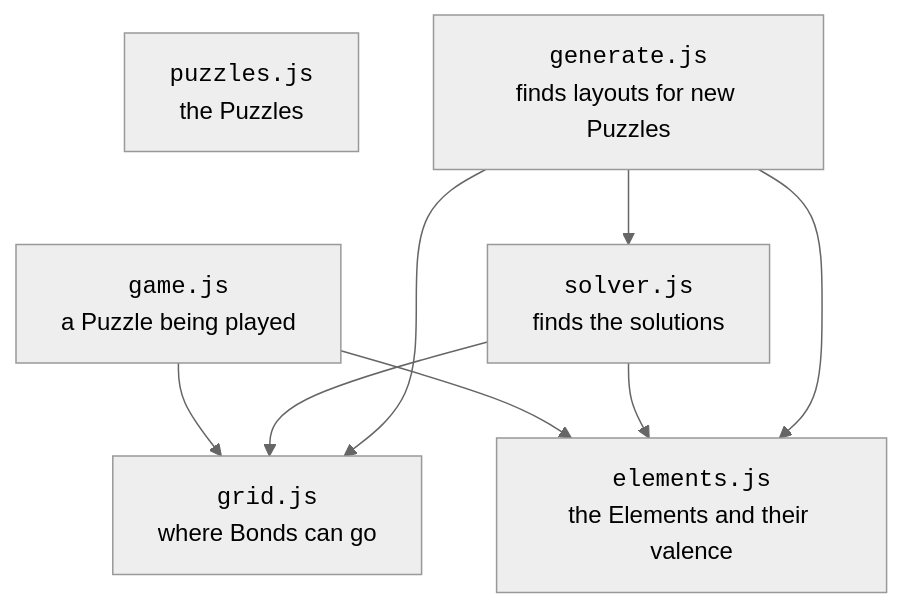
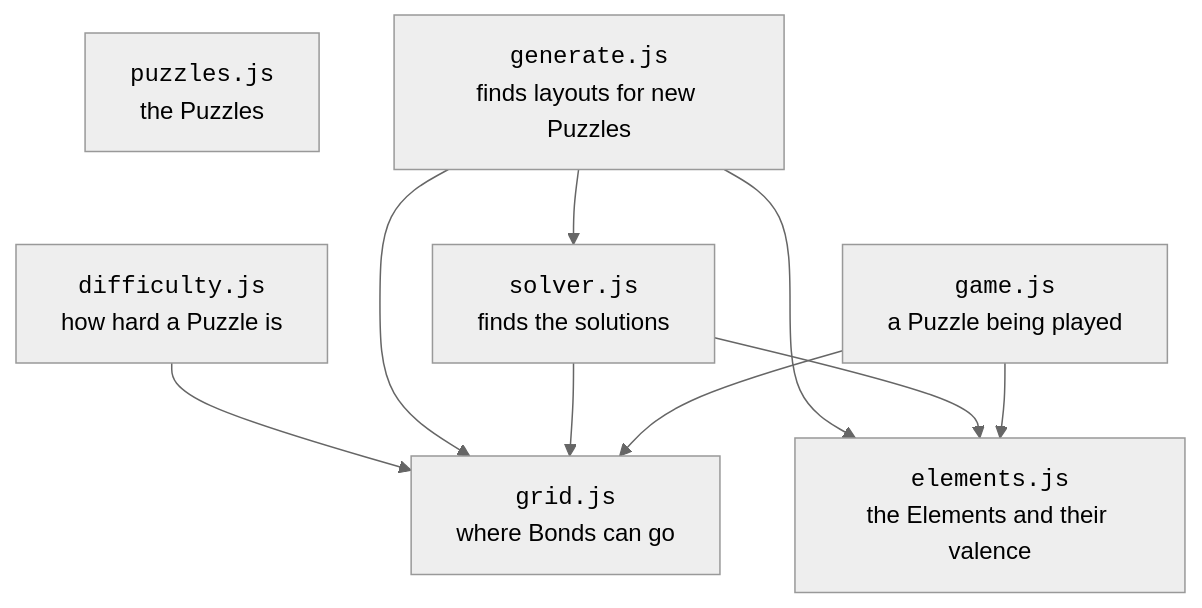
One commit to treetopbottle/molecuzzle changed the second of 2 diagrams in docs/architecture.md. Above: the diagram before and after it, drawn with Mermaid (neutral theme). The commit also changed other lines of this file and 2 other files, not shown here.

Commit message:
feat: a Puzzle's difficulty, which the generator prints

````diff
--- a/docs/architecture.md
+++ b/docs/architecture.md
@@ -40,17 +40,19 @@
 ```mermaid
 flowchart TD
   puzzles["<code>puzzles.js</code><br/>the Puzzles"]
   game["<code>game.js</code><br/>a Puzzle being played"]
   solver["<code>solver.js</code><br/>finds the solutions"]
   gen["<code>generate.js</code><br/>finds layouts for new Puzzles"]
+  diff["<code>difficulty.js</code><br/>how hard a Puzzle is"]
   grid["<code>grid.js</code><br/>where Bonds can go"]
   elements["<code>elements.js</code><br/>the Elements and their valence"]
 
   game --> elements
   game --> grid
   solver --> elements
   solver --> grid
   gen --> grid
   gen --> elements
   gen --> solver
+  diff --> grid
 ```
````
